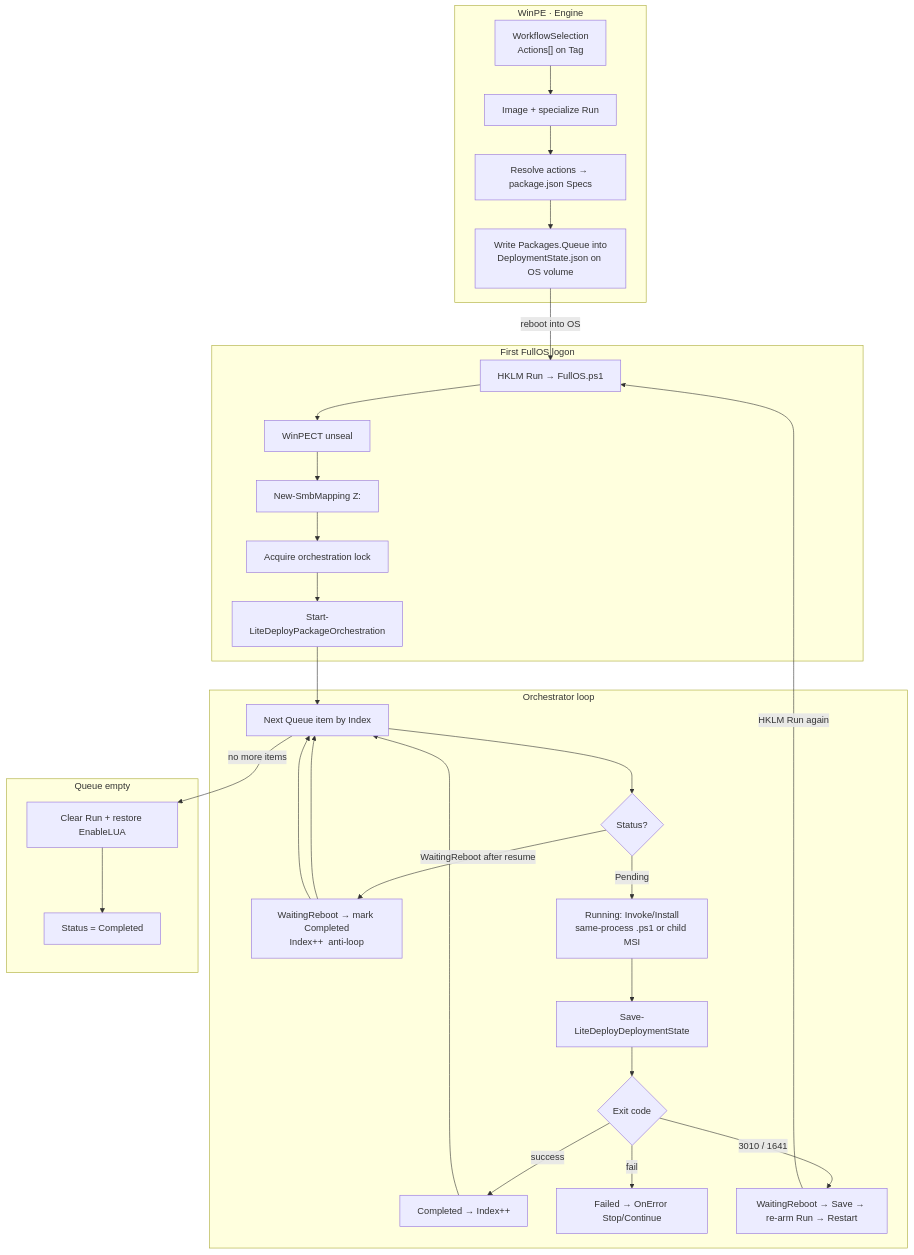
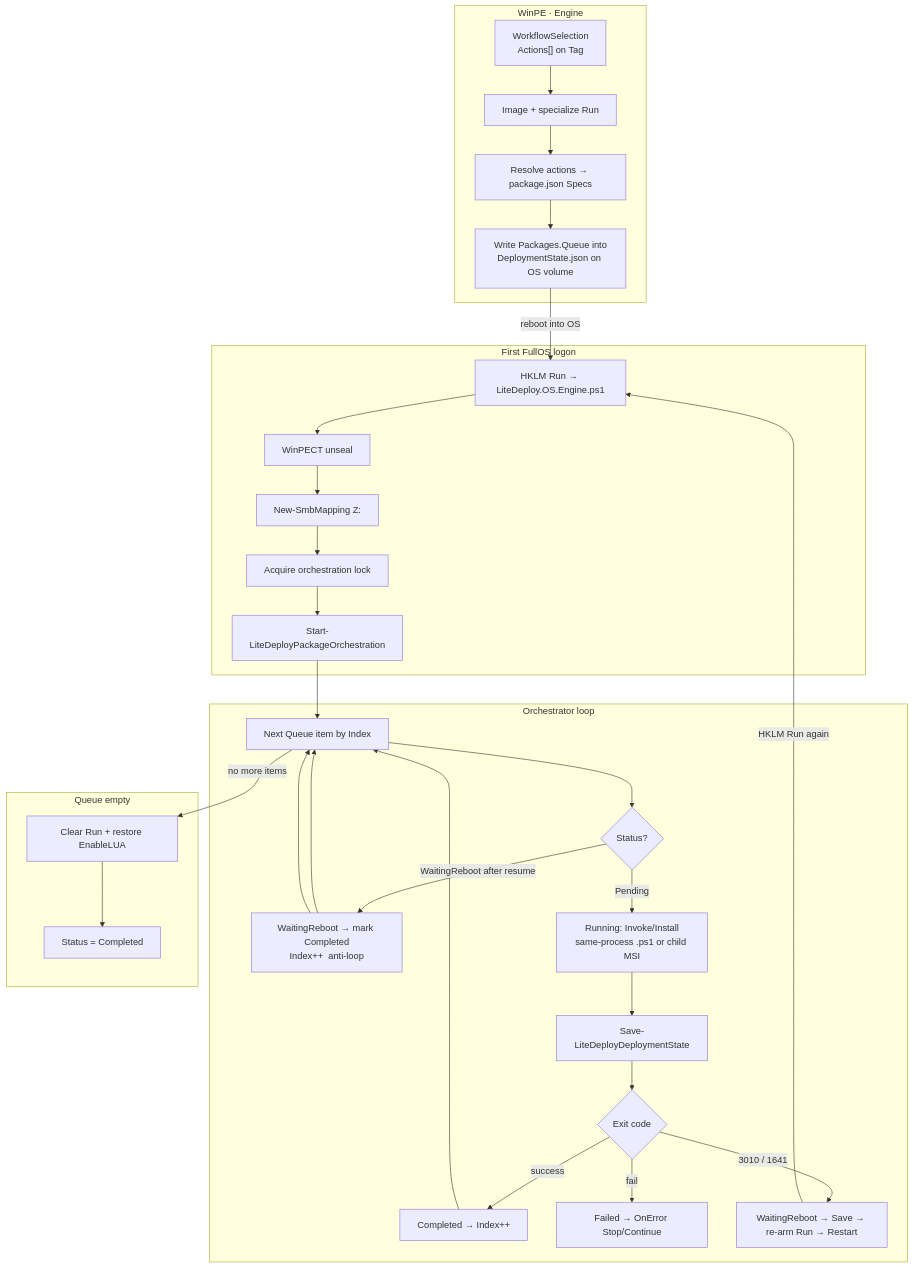
Before and after one commit to cmartineztech/LiteDeploy.Core: the first of 3 diagrams in _Docs/planning/PACKAGE_ORCHESTRATOR_PLAN.md, drawn with Mermaid. The commit also changed 37 other files, not shown here.

Commit message:
docs & refactor: comprehensive audit alignment across documentation and runtime/admin scripts (v2 architecture)

````diff
--- a/_Docs/planning/PACKAGE_ORCHESTRATOR_PLAN.md
+++ b/_Docs/planning/PACKAGE_ORCHESTRATOR_PLAN.md
@@ -20,51 +20,51 @@
 ```mermaid
 flowchart TD
     subgraph WinPE["WinPE · Engine"]
         Sel["WorkflowSelection<br/>Actions[] on Tag"]
         Img["Image + specialize Run"]
         Resolve["Resolve actions → package.json Specs"]
         StateOut["Write Packages.Queue into<br/>DeploymentState.json on OS volume"]
         Sel --> Img --> Resolve --> StateOut
     end
 
     subgraph FirstBoot["First FullOS logon"]
-        Run["HKLM Run → FullOS.ps1"]
+        Run["HKLM Run → LiteDeploy.OS.Engine.ps1"]
         WinPECT["WinPECT unseal"]
         Z["New-SmbMapping Z:"]
         Lock["Acquire orchestration lock"]
         Orch["Start-LiteDeployPackageOrchestration"]
         Run --> WinPECT --> Z --> Lock --> Orch
     end
 
     StateOut -->|reboot into OS| Run
 
     subgraph Loop["Orchestrator loop"]
         Next["Next Queue item by Index"]
         Status{"Status?"}
         WaitRB["WaitingReboot → mark Completed<br/>Index++  anti-loop"]
         RunPkg["Running: Invoke/Install<br/>same-process .ps1 or child MSI"]
         Save1["Save-LiteDeployDeploymentState"]
         Exit{"Exit code"}
         Done["Completed → Index++"]
         Fail["Failed → OnError Stop/Continue"]
         Reboot["WaitingReboot → Save → re-arm Run → Restart"]
         Next --> Status
         Status -->|WaitingReboot after resume| WaitRB --> Next
         Status -->|Pending| RunPkg --> Save1 --> Exit
         Exit -->|success| Done --> Next
         Exit -->|3010 / 1641| Reboot
         Exit -->|fail| Fail
     end
 
     Orch --> Next
     Reboot -->|HKLM Run again| Run
     WaitRB --> Next
 
     subgraph Finish["Queue empty"]
         Clear["Clear Run + restore EnableLUA"]
         Complete["Status = Completed"]
         Clear --> Complete
     end
 
     Next -->|no more items| Clear
 ```
````
